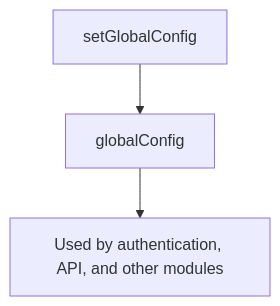
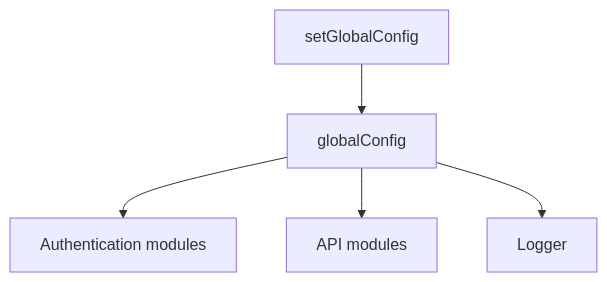
The diagram in docusaurus/docs/atomic/features/configurations.md (sinequa/sba-mint), drawn with Mermaid before and after one commit. The commit also changed other lines of this file and 271 other files, not shown here.

````diff
--- a/docusaurus/docs/atomic/features/configurations.md
+++ b/docusaurus/docs/atomic/features/configurations.md
@@ -87,5 +85,7 @@
 ```mermaid
 graph TD
     A[setGlobalConfig] --> B[globalConfig]
-    B --> C[Used by authentication, API, and other modules]
+    B --> C[Authentication modules]
+    B --> D[API modules]
+    B --> E[Logger]
 ```
````
